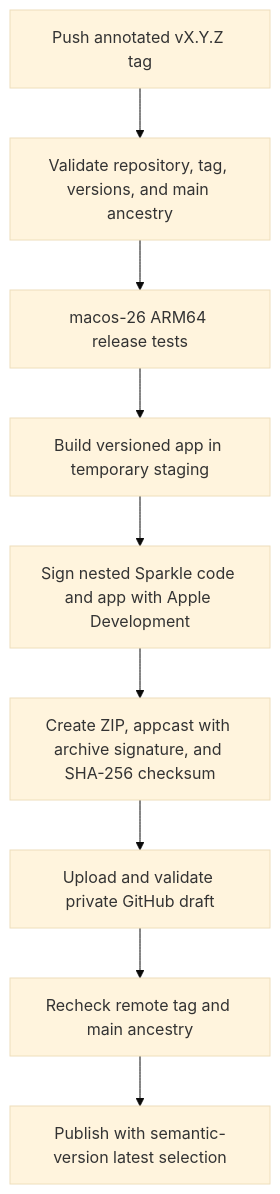
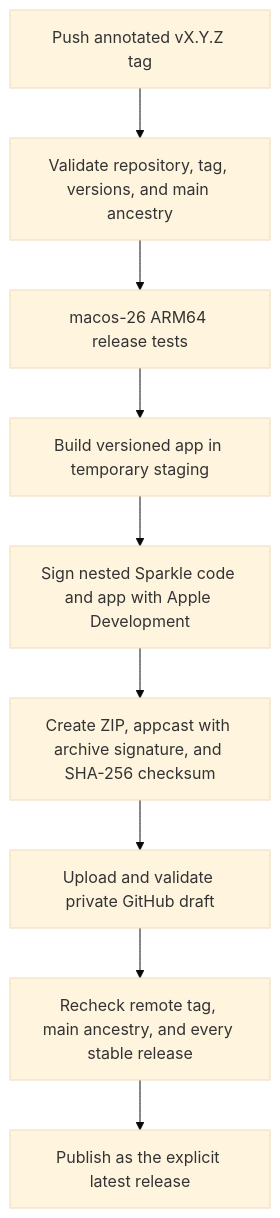
One commit to acg-box/deskhelm changed the second of 2 diagrams in openwiki/operations.md. Above: the diagram before and after it, drawn with Mermaid (base theme). The commit also changed other lines of this file and 19 other files, not shown here.

Commit message:
{"schema":"decodex/commit/2","change":"Harden DeskHelm release automation with TypeScript","authority":"manual","impact":"compatible"}

````diff
--- a/openwiki/operations.md
+++ b/openwiki/operations.md
@@ -200,11 +200,11 @@
 ```mermaid
 flowchart TD
     Tag["Push annotated vX.Y.Z tag"] --> Source["Validate repository, tag, versions, and main ancestry"]
     Source --> Mac["macos-26 ARM64 release tests"]
     Mac --> Build["Build versioned app in temporary staging"]
     Build --> Sign["Sign nested Sparkle code and app with Apple Development"]
     Sign --> Assets["Create ZIP, appcast with archive signature, and SHA-256 checksum"]
     Assets --> Draft["Upload and validate private GitHub draft"]
-    Draft --> Recheck["Recheck remote tag and main ancestry"]
-    Recheck --> Publish["Publish with semantic-version latest selection"]
+    Draft --> Recheck["Recheck remote tag, main ancestry, and every stable release"]
+    Recheck --> Publish["Publish as the explicit latest release"]
 ```
````
